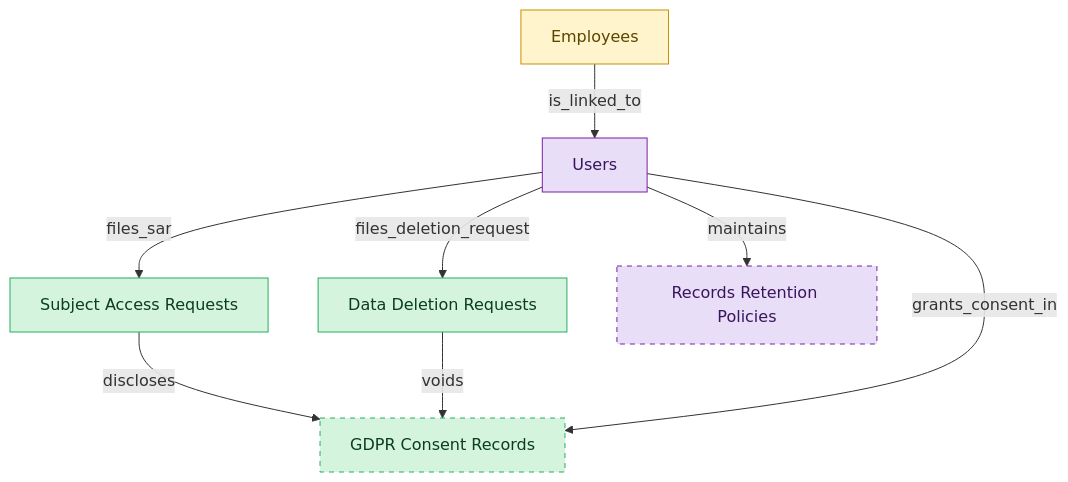
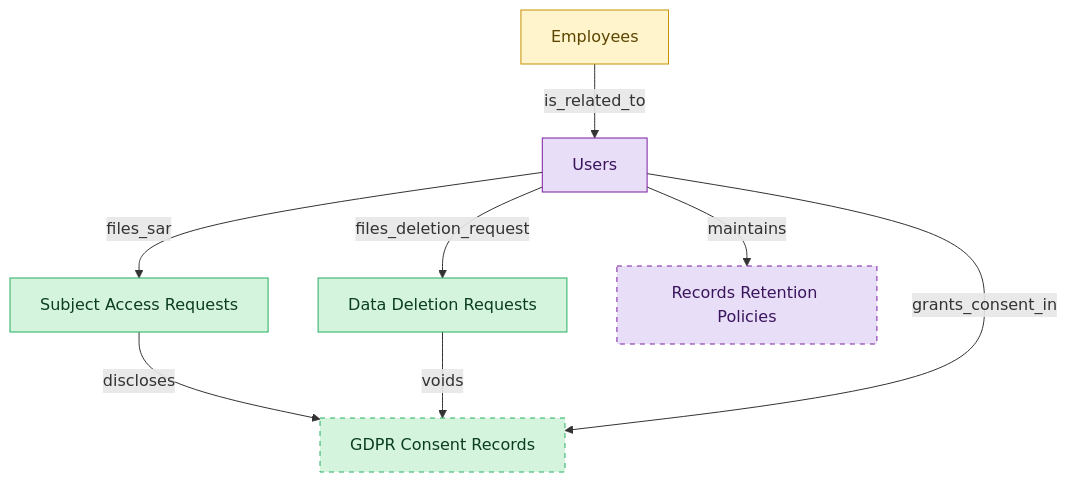
Before and after one commit to IntranetFactory/domain-map: the diagram in catalog/blueprints/lms-ct-gdpr-semantic-blueprint.md, drawn with Mermaid. The commit also changed other lines of this file and 841 other files, not shown here.

````diff
--- a/catalog/blueprints/lms-ct-gdpr-semantic-blueprint.md
+++ b/catalog/blueprints/lms-ct-gdpr-semantic-blueprint.md
@@ -35,27 +35,27 @@
 ```mermaid
 flowchart TD
   classDef master fill:#d4f4dd,stroke:#27ae60,color:#0b3d20;
   classDef embedded_master fill:#fff4cc,stroke:#c79100,color:#5b4500;
   classDef consumer fill:#e8def8,stroke:#7b1fa2,color:#3a155d;
   subject_access_requests["Subject Access Requests"]
   data_deletion_requests["Data Deletion Requests"]
   employees["Employees"]
   users["Users"]
   gdpr_consent_records["GDPR Consent Records"]
   records_retention_policies["Records Retention Policies"]
   subject_access_requests -->|"discloses"| gdpr_consent_records
   data_deletion_requests -->|"voids"| gdpr_consent_records
   users -->|"grants_consent_in"| gdpr_consent_records
   users -->|"files_sar"| subject_access_requests
   users -->|"files_deletion_request"| data_deletion_requests
-  employees -->|"is_linked_to"| users
+  employees -->|"is_related_to"| users
   users -->|"maintains"| records_retention_policies
   class subject_access_requests master;
   class data_deletion_requests master;
   class employees embedded_master;
   class users consumer;
   class gdpr_consent_records master;
   class records_retention_policies consumer;
   style gdpr_consent_records stroke-dasharray:5 5;
   style records_retention_policies stroke-dasharray:5 5;
 ```
````
